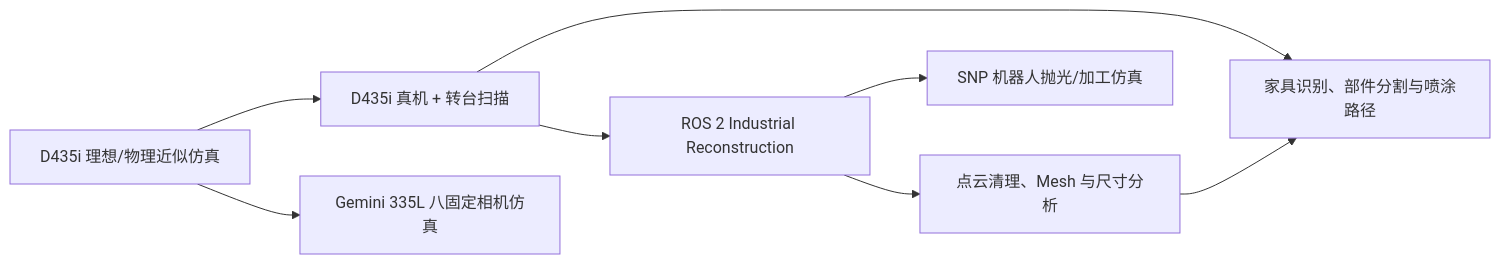
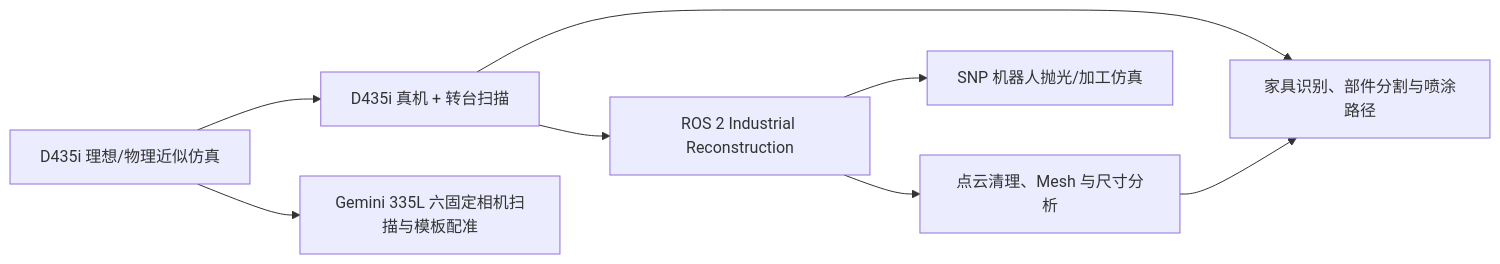
One commit to zqdbb/arm changed the diagram in README.md. Above: the diagram before and after it, drawn with Mermaid. The commit also changed other lines of this file and 23 other files, not shown here.

````diff
--- a/README.md
+++ b/README.md
@@ -20,10 +20,10 @@
 ```mermaid
 flowchart LR
     A[D435i 理想/物理近似仿真] --> B[D435i 真机 + 转台扫描]
     B --> C[ROS 2 Industrial Reconstruction]
     C --> D[点云清理、Mesh 与尺寸分析]
-    A --> E[Gemini 335L 八固定相机仿真]
+    A --> E[Gemini 335L 六固定相机扫描与模板配准]
     B --> F[家具识别、部件分割与喷涂路径]
     D --> F
     C --> G[SNP 机器人抛光/加工仿真]
 ```
````
